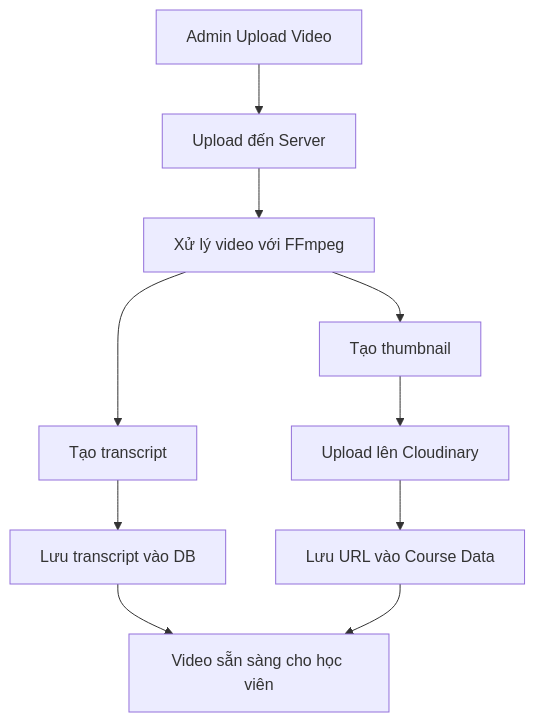
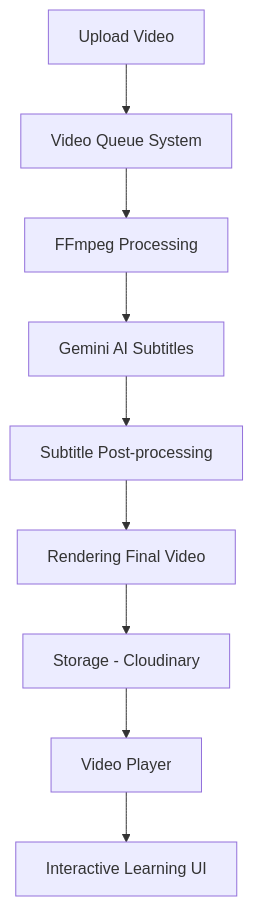
Before and after one commit to lehieu29/Elearning: the diagram in memory-banks/feature-video-processing.md, drawn with Mermaid. The commit also changed other lines of this file and 43 other files, not shown here.

````diff
--- a/memory-banks/feature-video-processing.md
+++ b/memory-banks/feature-video-processing.md
@@ -9,12 +13,11 @@
 ```mermaid
 graph TD
-    A[Admin Upload Video] --> B[Upload đến Server]
-    B --> C[Xử lý video với FFmpeg]
-    C --> D[Tạo thumbnail]
-    C --> E[Tạo transcript]
-    D --> F[Upload lên Cloudinary]
-    E --> G[Lưu transcript vào DB]
-    F --> H[Lưu URL vào Course Data]
-    G --> I[Video sẵn sàng cho học viên]
-    H --> I
+    A[Upload Video] --> B[Video Queue System]
+    B --> C[FFmpeg Processing]
+    C --> D[Gemini AI Subtitles]
+    D --> E[Subtitle Post-processing]
+    E --> F[Rendering Final Video]
+    F --> G[Storage - Cloudinary]
+    G --> H[Video Player]
+    H --> I[Interactive Learning UI]
 ```
````
